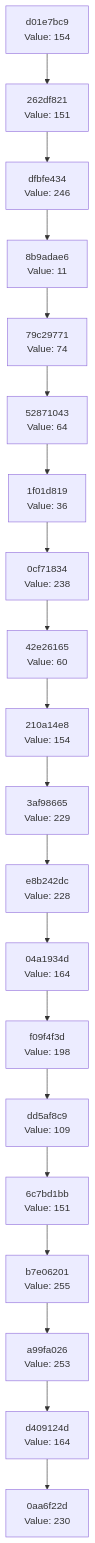
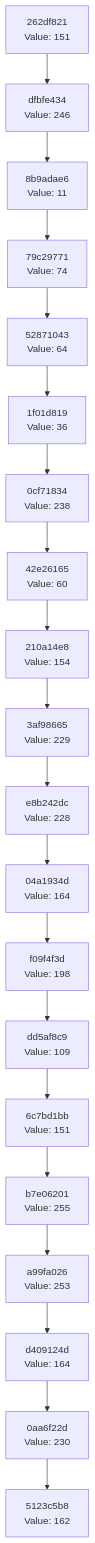
The diagram in docs/CHAIN_VISUALIZATION.md (Abhisheksinha1506/hash-chain-evolver), drawn with Mermaid before and after one commit. The commit also changed 3 other files, not shown here.

````diff
--- a/docs/CHAIN_VISUALIZATION.md
+++ b/docs/CHAIN_VISUALIZATION.md
@@ -3,42 +3,42 @@
 ```mermaid
 graph TD
-    C0["0aa6f22d<br/>Value: 230"]
-    C1["d409124d<br/>Value: 164"]
+    C0["5123c5b8<br/>Value: 162"]
+    C1["0aa6f22d<br/>Value: 230"]
     C1 --> C0
-    C2["a99fa026<br/>Value: 253"]
+    C2["d409124d<br/>Value: 164"]
     C2 --> C1
-    C3["b7e06201<br/>Value: 255"]
+    C3["a99fa026<br/>Value: 253"]
     C3 --> C2
-    C4["6c7bd1bb<br/>Value: 151"]
+    C4["b7e06201<br/>Value: 255"]
     C4 --> C3
-    C5["dd5af8c9<br/>Value: 109"]
+    C5["6c7bd1bb<br/>Value: 151"]
     C5 --> C4
-    C6["f09f4f3d<br/>Value: 198"]
+    C6["dd5af8c9<br/>Value: 109"]
     C6 --> C5
-    C7["04a1934d<br/>Value: 164"]
+    C7["f09f4f3d<br/>Value: 198"]
     C7 --> C6
-    C8["e8b242dc<br/>Value: 228"]
+    C8["04a1934d<br/>Value: 164"]
     C8 --> C7
-    C9["3af98665<br/>Value: 229"]
+    C9["e8b242dc<br/>Value: 228"]
     C9 --> C8
-    C10["210a14e8<br/>Value: 154"]
+    C10["3af98665<br/>Value: 229"]
     C10 --> C9
-    C11["42e26165<br/>Value: 60"]
+    C11["210a14e8<br/>Value: 154"]
     C11 --> C10
-    C12["0cf71834<br/>Value: 238"]
+    C12["42e26165<br/>Value: 60"]
     C12 --> C11
-    C13["1f01d819<br/>Value: 36"]
+    C13["0cf71834<br/>Value: 238"]
     C13 --> C12
-    C14["52871043<br/>Value: 64"]
+    C14["1f01d819<br/>Value: 36"]
     C14 --> C13
-    C15["79c29771<br/>Value: 74"]
+    C15["52871043<br/>Value: 64"]
     C15 --> C14
-    C16["8b9adae6<br/>Value: 11"]
+    C16["79c29771<br/>Value: 74"]
     C16 --> C15
-    C17["dfbfe434<br/>Value: 246"]
+    C17["8b9adae6<br/>Value: 11"]
     C17 --> C16
-    C18["262df821<br/>Value: 151"]
+    C18["dfbfe434<br/>Value: 246"]
     C18 --> C17
-    C19["d01e7bc9<br/>Value: 154"]
+    C19["262df821<br/>Value: 151"]
     C19 --> C18
 ```
````
